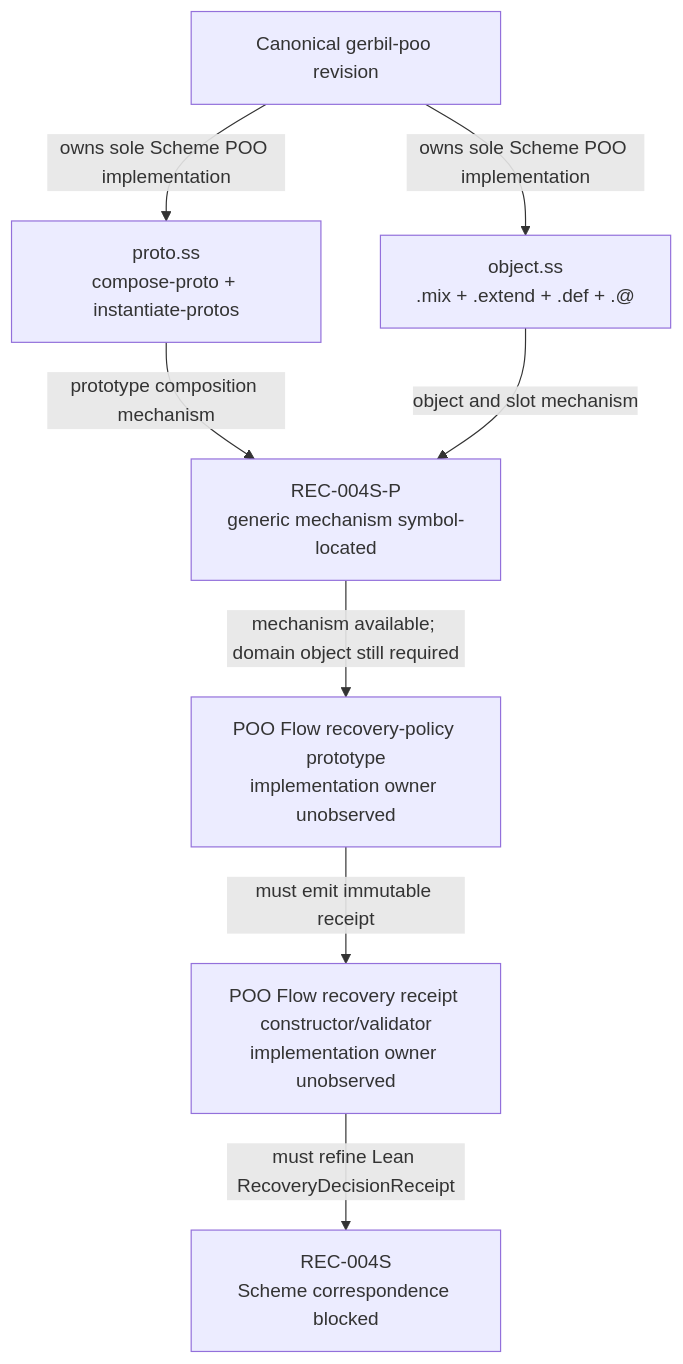
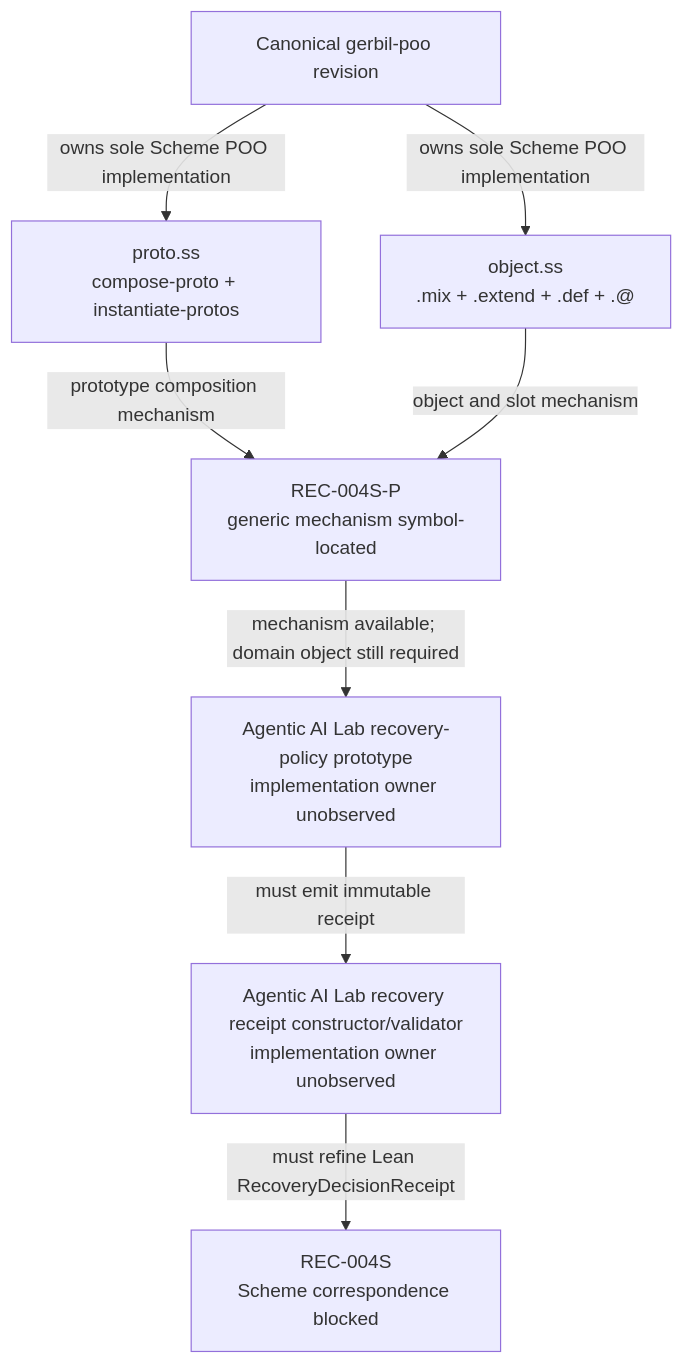
One commit to tao3k/gebril-yuanxu changed the third of 6 diagrams in module-system/design/45-03-runtime-context-and-recovery.org. Above: the diagram before and after it, drawn with Mermaid. The commit also changed other lines of this file and 507 other files, not shown here.

```diff
--- a/module-system/design/45-03-runtime-context-and-recovery.org
+++ b/module-system/design/45-03-runtime-context-and-recovery.org
@@ -444,18 +444,18 @@
 #+begin_src mermaid
 flowchart TD
   G["Canonical gerbil-poo revision"]
   P["proto.ss<br/>compose-proto + instantiate-protos"]
   O["object.ss<br/>.mix + .extend + .def + .@"]
   M["REC-004S-P<br/>generic mechanism symbol-located"]
-  F["POO Flow recovery-policy prototype<br/>implementation owner unobserved"]
-  R["POO Flow recovery receipt constructor/validator<br/>implementation owner unobserved"]
+  F["Agentic AI Lab recovery-policy prototype<br/>implementation owner unobserved"]
+  R["Agentic AI Lab recovery receipt constructor/validator<br/>implementation owner unobserved"]
   Q["REC-004S<br/>Scheme correspondence blocked"]
 
   G -->|"owns sole Scheme POO implementation"| P
   G -->|"owns sole Scheme POO implementation"| O
   P -->|"prototype composition mechanism"| M
   O -->|"object and slot mechanism"| M
   M -->|"mechanism available; domain object still required"| F
   F -->|"must emit immutable receipt"| R
   R -->|"must refine Lean RecoveryDecisionReceipt"| Q
 #+end_src
```
